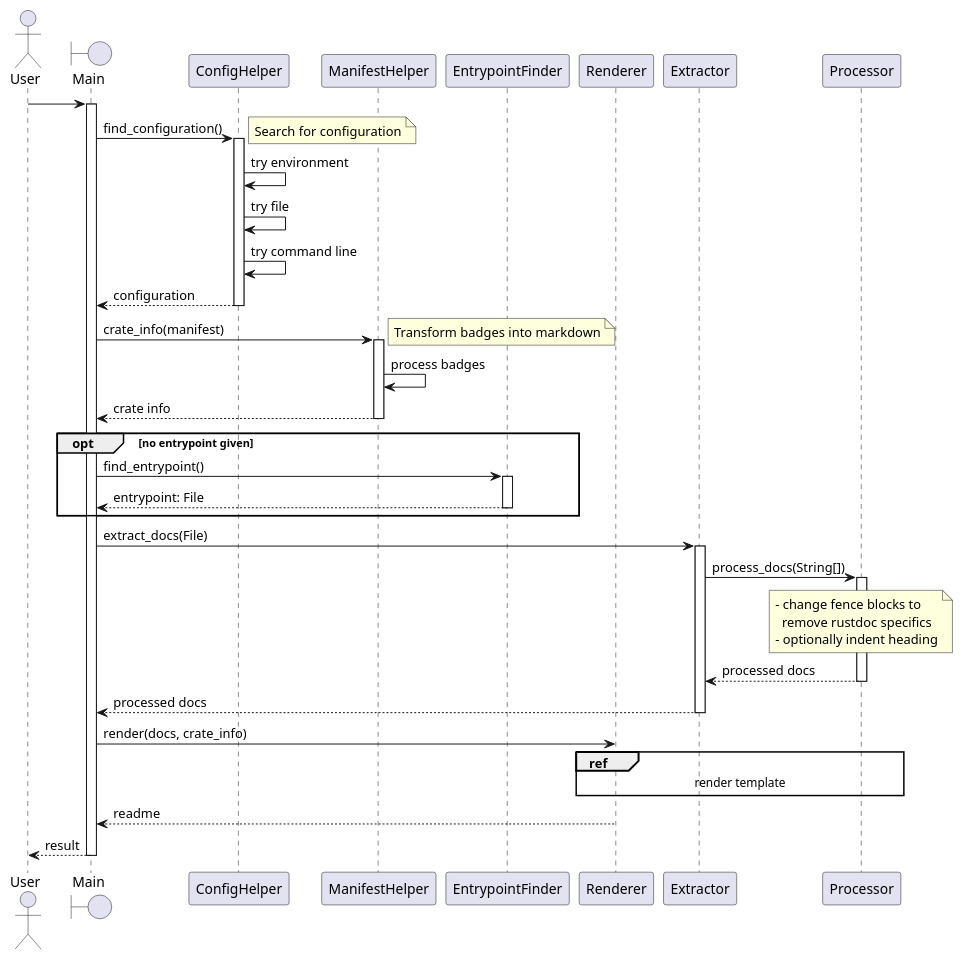
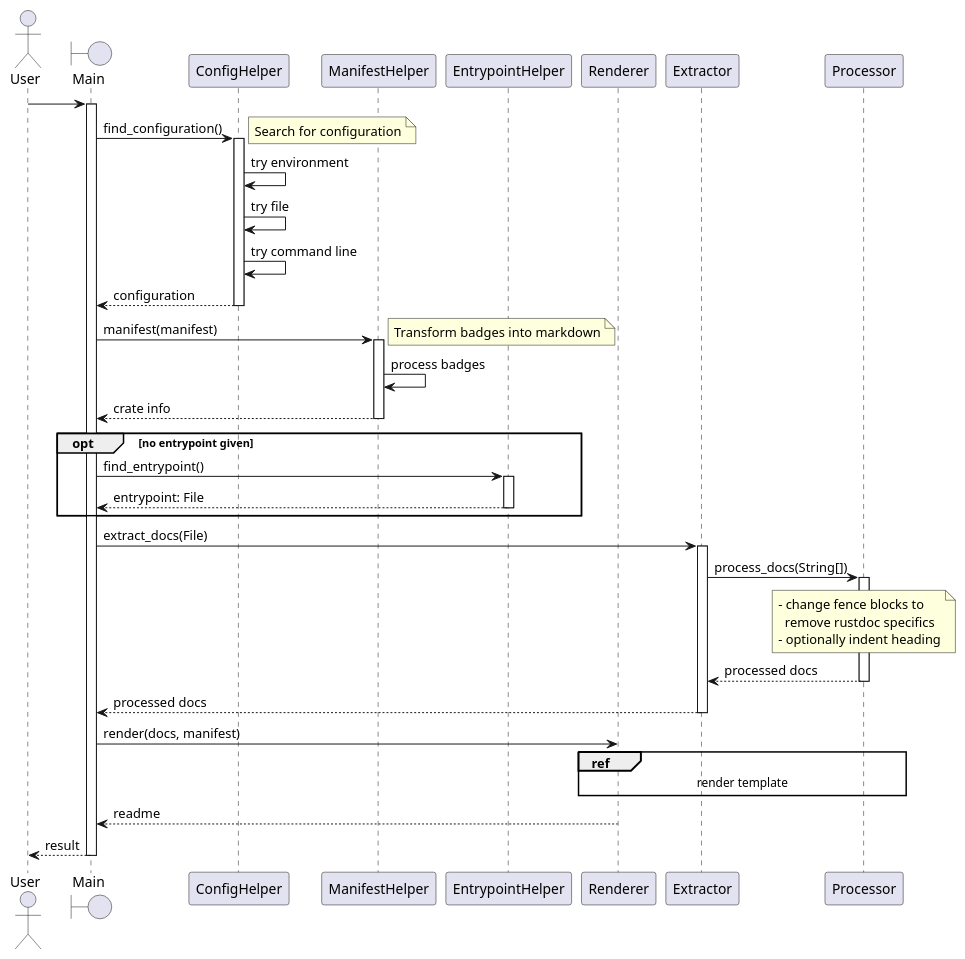
The first of 2 diagrams in docs/uml/sequence.puml (webern/cargo-readme), drawn with PlantUML before and after one commit. The commit also changed other lines of this file and 1 other file, not shown here.

Commit message:
update uml , improve organization

```diff
--- a/docs/uml/sequence.puml
+++ b/docs/uml/sequence.puml
@@ -1,67 +1,67 @@
 @startuml flow
 
 actor User
 boundary Main
 participant ConfigHelper
 participant ManifestHelper
-participant EntrypointFinder
+participant EntrypointHelper
 participant Renderer
 participant Extractor
 participant Processor
 
 User -> Main
 activate Main
 
 Main -> ConfigHelper: find_configuration()
 activate ConfigHelper
 note right: Search for configuration
 
 ConfigHelper -> ConfigHelper: try environment
 ConfigHelper -> ConfigHelper: try file
 ConfigHelper -> ConfigHelper: try command line
 
 Main <-- ConfigHelper: configuration
 deactivate ConfigHelper
 
-Main -> ManifestHelper: crate_info(manifest)
+Main -> ManifestHelper: manifest(manifest)
 activate ManifestHelper
 note right: Transform badges into markdown
 
 ManifestHelper -> ManifestHelper: process badges
 
 Main <-- ManifestHelper: crate info
 deactivate ManifestHelper
 
 opt no entrypoint given
-    Main -> EntrypointFinder: find_entrypoint()
-    activate EntrypointFinder
-    Main <-- EntrypointFinder: entrypoint: File
-    deactivate EntrypointFinder
+    Main -> EntrypointHelper: find_entrypoint()
+    activate EntrypointHelper
+    Main <-- EntrypointHelper: entrypoint: File
+    deactivate EntrypointHelper
 end
 
 Main -> Extractor: extract_docs(File)
 activate Extractor
 
 Extractor -> Processor: process_docs(String[])
 note over Processor
     - change fence blocks to
       remove rustdoc specifics
     - optionally indent heading
 end note
 activate Processor
 
 Extractor <-- Processor: processed docs
 deactivate Processor
 
 Main <-- Extractor: processed docs
 deactivate Extractor
 
-Main -> Renderer: render(docs, crate_info)
+Main -> Renderer: render(docs, manifest)
 ref over Renderer, Extractor, Processor: render template
 Main <-- Renderer: readme
 
 User <-- Main: result
 
 deactivate Main
 
 @enduml
```
